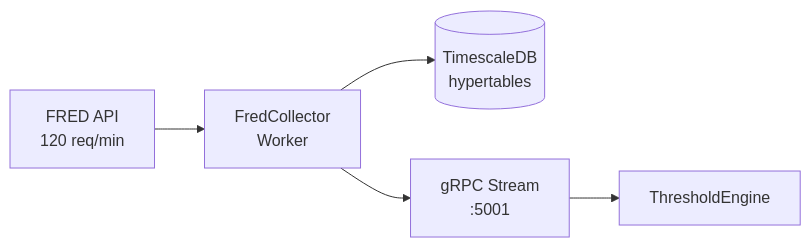
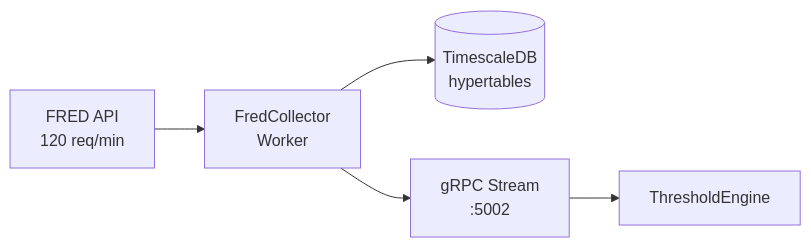
One commit to jpansarasa/ATLAS-Docs changed the diagram in FredCollector/README.md. Above: the diagram before and after it, drawn with Mermaid. The commit also changed other lines of this file and 9 other files, not shown here.

````diff
--- a/FredCollector/README.md
+++ b/FredCollector/README.md
@@ -13,7 +13,7 @@
 ```mermaid
 flowchart LR
     FRED[FRED API<br/>120 req/min] --> FC[FredCollector<br/>Worker]
     FC --> DB[(TimescaleDB<br/>hypertables)]
-    FC --> gRPC[gRPC Stream<br/>:5001]
+    FC --> gRPC[gRPC Stream<br/>:5002]
     gRPC --> TE[ThresholdEngine]
 ```
````
